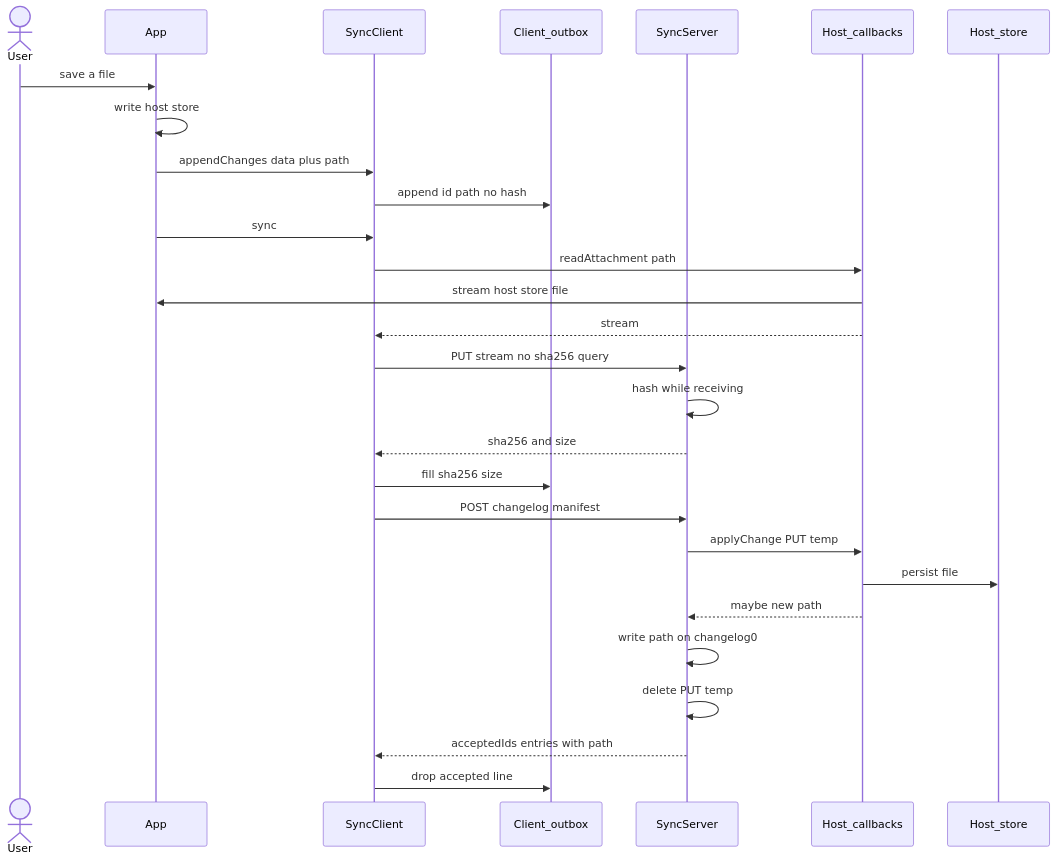
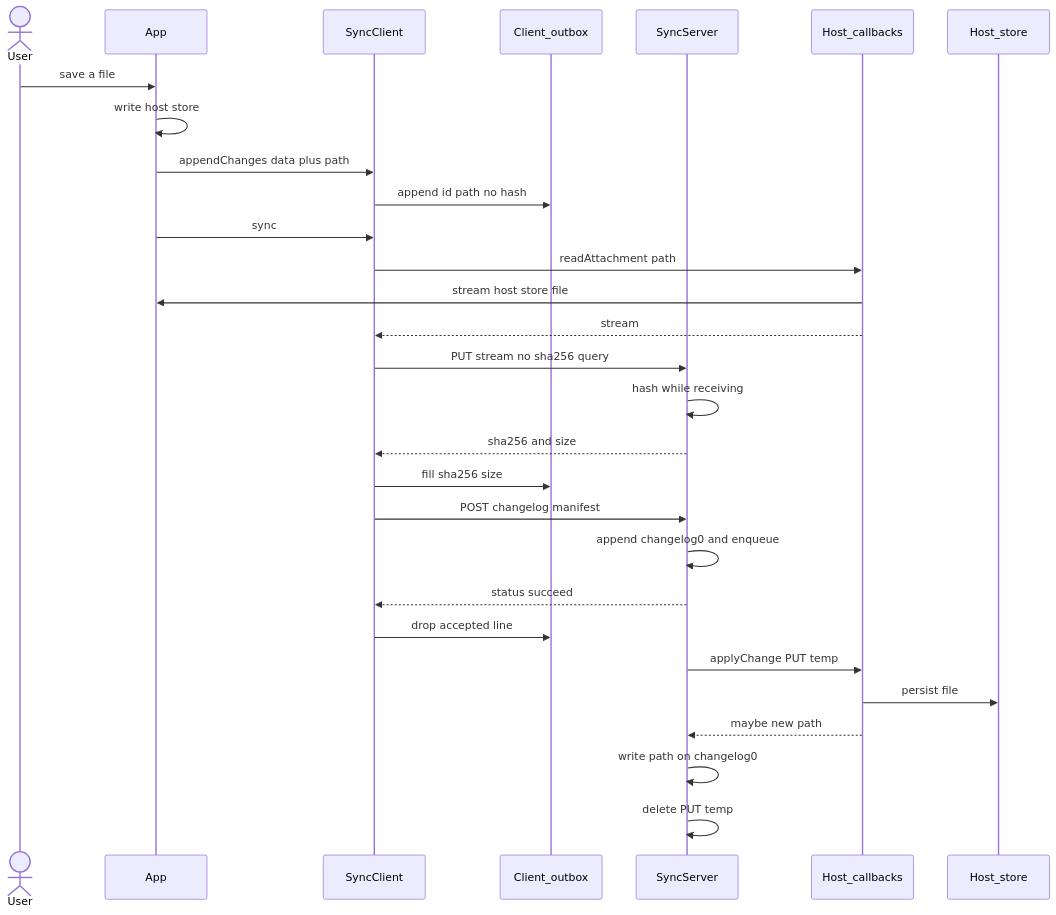
One commit to juntjtang18/syncbridge changed the first of 2 diagrams in docs/A1-2-attachment-internal-uri.md. Above: the diagram before and after it, drawn with Mermaid. The commit also changed other lines of this file and 13 other files, not shown here.

````diff
--- a/docs/A1-2-attachment-internal-uri.md
+++ b/docs/A1-2-attachment-internal-uri.md
@@ -59,31 +59,32 @@
 ```mermaid
 sequenceDiagram
   actor User
   participant App
   participant Client as SyncClient
   participant Outbox as Client_outbox
   participant Server as SyncServer
   participant Host as Host_callbacks
   participant Store as Host_store
 
   User->>App: save a file
   App->>App: write host store
   App->>Client: appendChanges data plus path
   Client->>Outbox: append id path no hash
   App->>Client: sync
   Client->>Host: readAttachment path
   Host->>App: stream host store file
   Host-->>Client: stream
   Client->>Server: PUT stream no sha256 query
   Server->>Server: hash while receiving
   Server-->>Client: sha256 and size
   Client->>Outbox: fill sha256 size
   Client->>Server: POST changelog manifest
+  Server->>Server: append changelog0 and enqueue
+  Server-->>Client: status succeed
+  Client->>Outbox: drop accepted line
   Server->>Host: applyChange PUT temp
   Host->>Store: persist file
   Host-->>Server: maybe new path
   Server->>Server: write path on changelog0
   Server->>Server: delete PUT temp
-  Server-->>Client: acceptedIds entries with path
-  Client->>Outbox: drop accepted line
 ```
````
